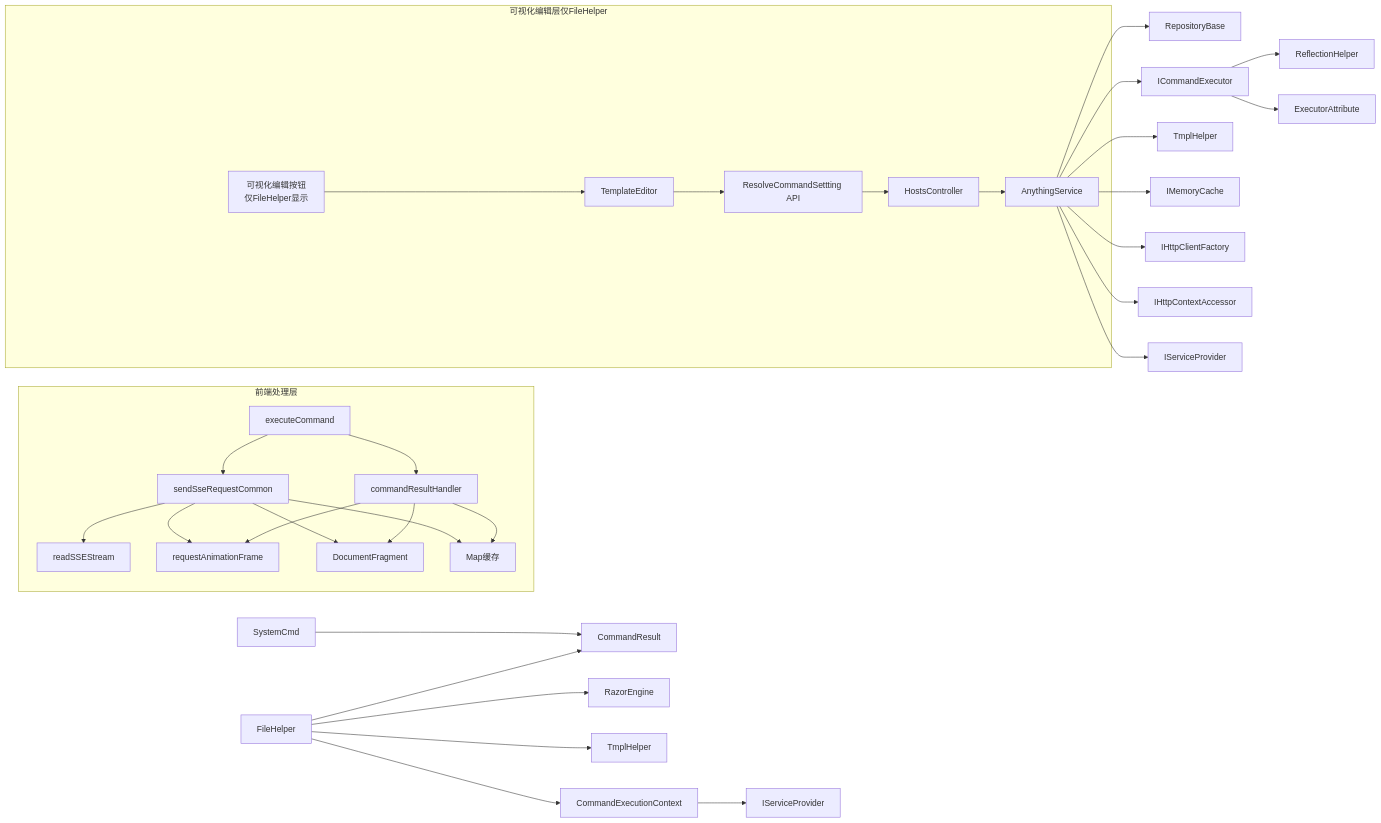
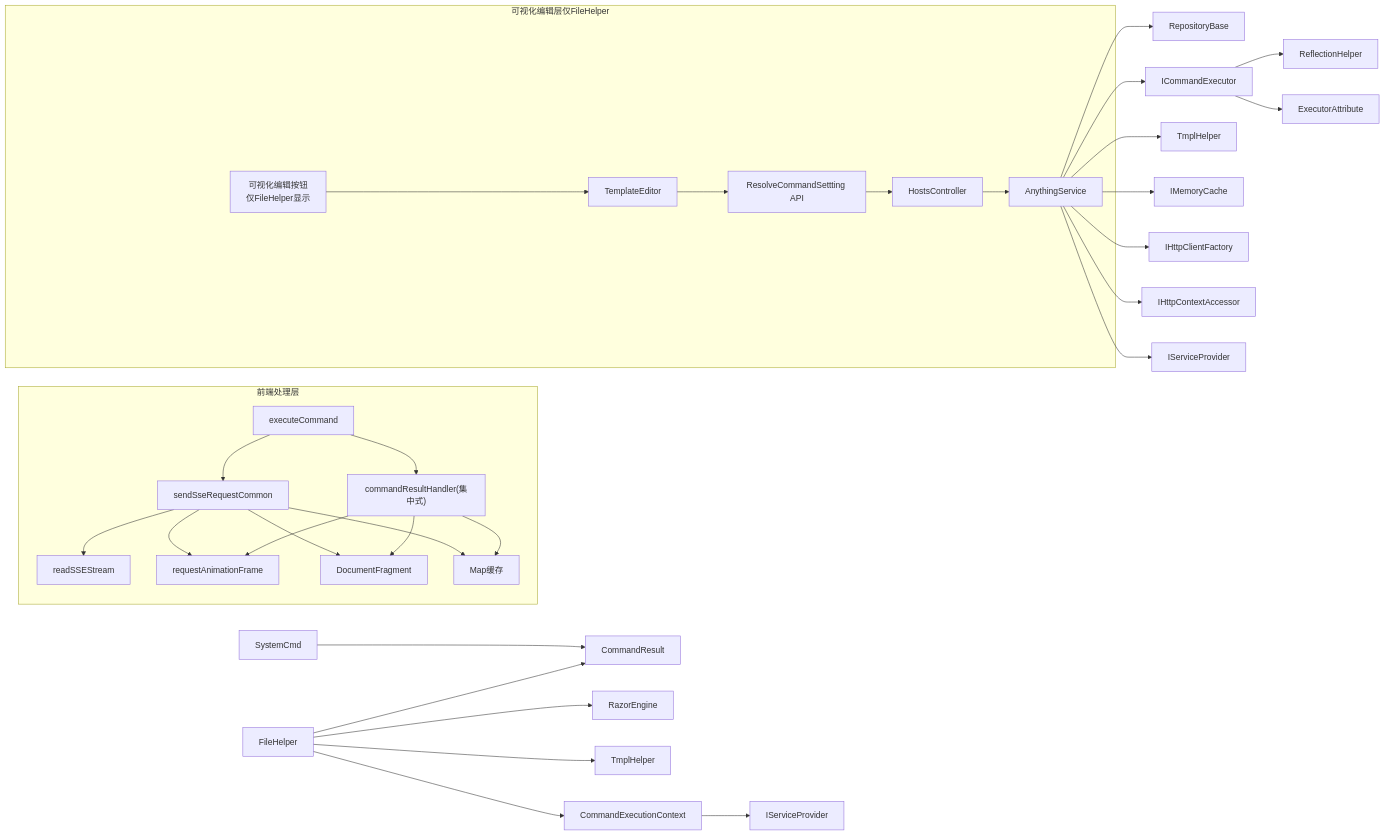
One commit to Sosososolong/AirGo changed the tenth of 10 diagrams in .qoder/repowiki/zh/content/项目概述/核心特性/远程主机管理/命令执行器系统.md. Above: the diagram before and after it, drawn with Mermaid. The commit also changed other lines of this file and 6 other files, not shown here.

````diff
--- a/.qoder/repowiki/zh/content/项目概述/核心特性/远程主机管理/命令执行器系统.md
+++ b/.qoder/repowiki/zh/content/项目概述/核心特性/远程主机管理/命令执行器系统.md
@@ -1040,35 +1039,35 @@
 ```mermaid
 graph LR
 AS["AnythingService"] --> Repo["RepositoryBase<T>"]
 AS --> ICE["ICommandExecutor"]
 AS --> Tmpl["TmplHelper"]
 AS --> Cache["IMemoryCache"]
 AS --> HTTP["IHttpClientFactory"]
 AS --> Ctx["IHttpContextAccessor"]
 AS --> Scope["IServiceProvider"]
 ICE --> RH["ReflectionHelper"]
 ICE --> EA["ExecutorAttribute"]
 SYS["SystemCmd"] --> CR["CommandResult"]
 FH["FileHelper"] --> CR
 FH --> CEC["CommandExecutionContext"]
 FH --> RE["RazorEngine"]
 FH --> TH["TmplHelper"]
 CEC --> SP["IServiceProvider"]
 subgraph "前端处理层"
 EXECCMD["executeCommand"] --> SSERC["sendSseRequestCommon"]
 SSERC --> READSSE["readSSEStream"]
 SSERC --> RAF["requestAnimationFrame"]
 SSERC --> DF["DocumentFragment"]
 SSERC --> CACHE["Map缓存"]
-EXECCMD --> CRH["commandResultHandler"]
+EXECCMD --> CRH["commandResultHandler(集中式)"]
 CRH --> RAF
 CRH --> DF
 CRH --> CACHE
 end
 subgraph "可视化编辑层仅FileHelper"
 VEBTN["可视化编辑按钮<br/>仅FileHelper显示"] --> TE["TemplateEditor"]
 TE --> RESOLVE["ResolveCommandSettting API"]
 RESOLVE --> HC["HostsController"]
 HC --> AS
 end
 ```
````
